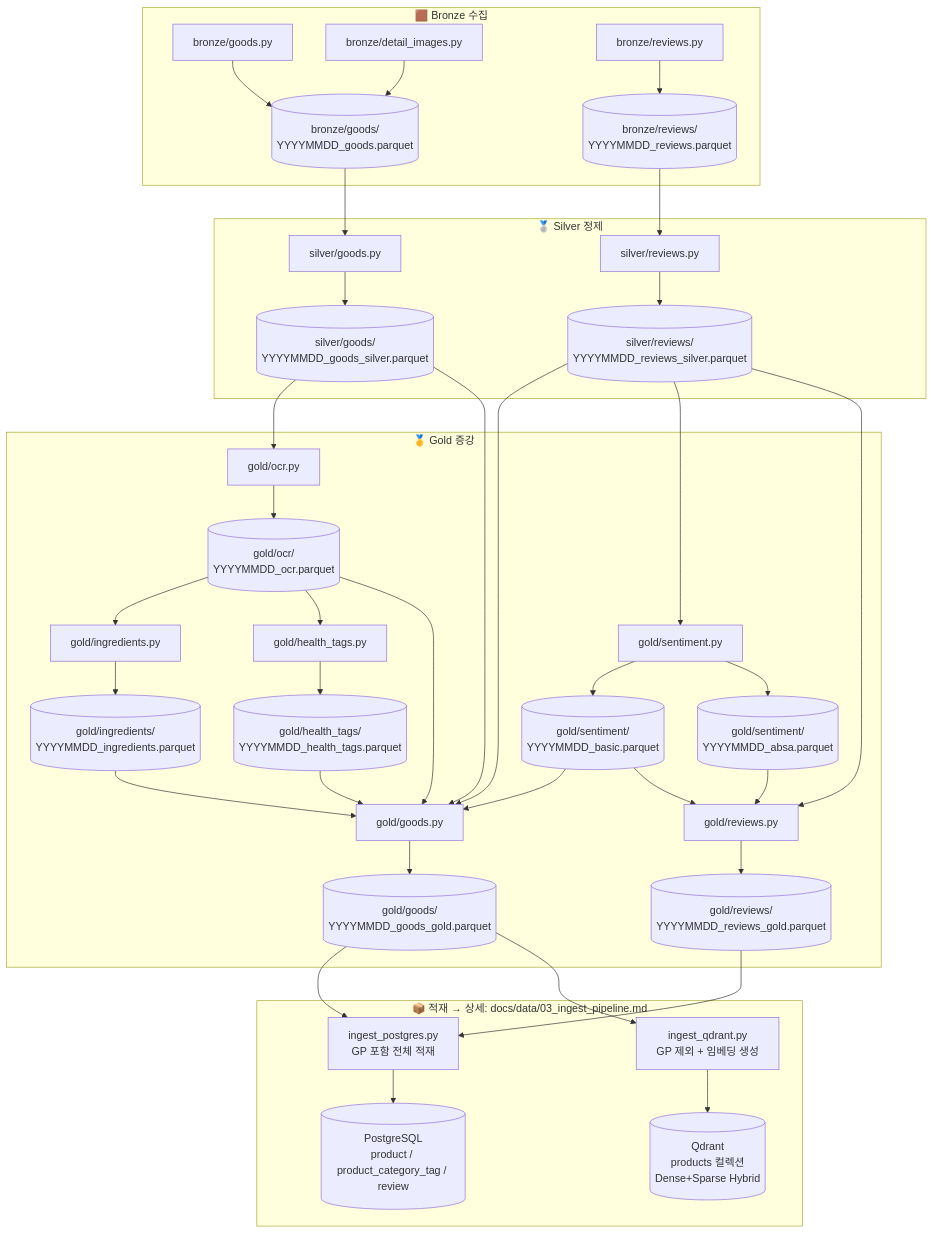
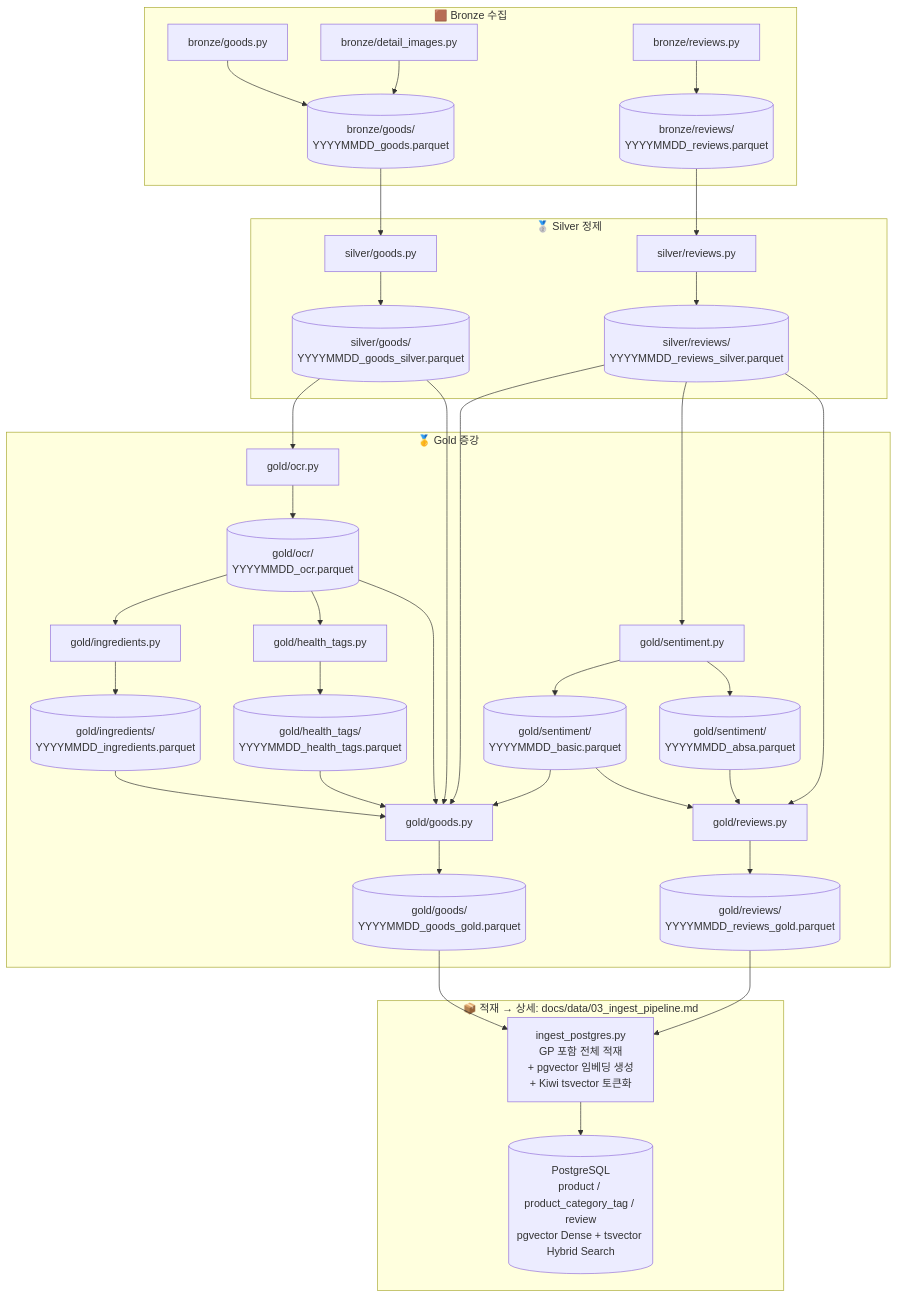
One commit to skn-ai22-251029/SKN22-Final-2Team-WEB changed the first of 2 diagrams in docs/data/02_medallion_schema.md. Above: the diagram before and after it, drawn with Mermaid. The commit also changed other lines of this file and 13 other files, not shown here.

First line of the commit message:
feat(products): Qdrant → pgvector 마이그레이션 — Dense + Kiwi tsvector Hybrid Search

````diff
--- a/docs/data/02_medallion_schema.md
+++ b/docs/data/02_medallion_schema.md
@@ -10,49 +10,47 @@
 ```mermaid
 flowchart TD
     subgraph Bronze["🟫 Bronze 수집"]
         B1[bronze/goods.py] --> BO1[(bronze/goods/<br>YYYYMMDD_goods.parquet)]
         B2[bronze/detail_images.py] --> BO1
         B3[bronze/reviews.py] --> BO2[(bronze/reviews/<br>YYYYMMDD_reviews.parquet)]
     end
 
     subgraph Silver["🥈 Silver 정제"]
         BO1 --> S1[silver/goods.py]
         S1 --> SO1[(silver/goods/<br>YYYYMMDD_goods_silver.parquet)]
         BO2 --> S2[silver/reviews.py]
         S2 --> SO2[(silver/reviews/<br>YYYYMMDD_reviews_silver.parquet)]
     end
 
     subgraph Gold["🥇 Gold 증강"]
         SO1 --> G1[gold/ocr.py]
         G1 --> GO1[(gold/ocr/<br>YYYYMMDD_ocr.parquet)]
         GO1 --> G2[gold/ingredients.py]
         G2 --> GO2[(gold/ingredients/<br>YYYYMMDD_ingredients.parquet)]
         GO1 --> GHT[gold/health_tags.py]
         GHT --> GOHT[(gold/health_tags/<br>YYYYMMDD_health_tags.parquet)]
 
         SO1 --> G3[gold/goods.py]
         GO1 --> G3
         GO2 --> G3
         GOHT --> G3
         SO2 --> G3
         G3 --> GO3[(gold/goods/<br>YYYYMMDD_goods_gold.parquet)]
 
         SO2 --> G5[gold/sentiment.py]
         G5 --> GO5[(gold/sentiment/<br>YYYYMMDD_basic.parquet)]
         G5 --> GO6[(gold/sentiment/<br>YYYYMMDD_absa.parquet)]
         GO5 --> G3
 
         SO2 --> G4[gold/reviews.py]
         GO5 --> G4
         GO6 --> G4
         G4 --> GO4[(gold/reviews/<br>YYYYMMDD_reviews_gold.parquet)]
     end
 
     subgraph DB["📦 적재 → 상세: docs/data/03_ingest_pipeline.md"]
-        GO3 --> PG_INGEST[ingest_postgres.py<br>GP 포함 전체 적재]
+        GO3 --> PG_INGEST[ingest_postgres.py<br>GP 포함 전체 적재<br>+ pgvector 임베딩 생성<br>+ Kiwi tsvector 토큰화]
         GO4 --> PG_INGEST
-        GO3 --> QD_INGEST[ingest_qdrant.py<br>GP 제외 + 임베딩 생성]
-        PG_INGEST --> P[(PostgreSQL<br>product / product_category_tag / review)]
-        QD_INGEST --> Q[(Qdrant<br>products 컬렉션<br>Dense+Sparse Hybrid)]
+        PG_INGEST --> P[(PostgreSQL<br>product / product_category_tag / review<br>pgvector Dense + tsvector Hybrid Search)]
     end
 ```
````
